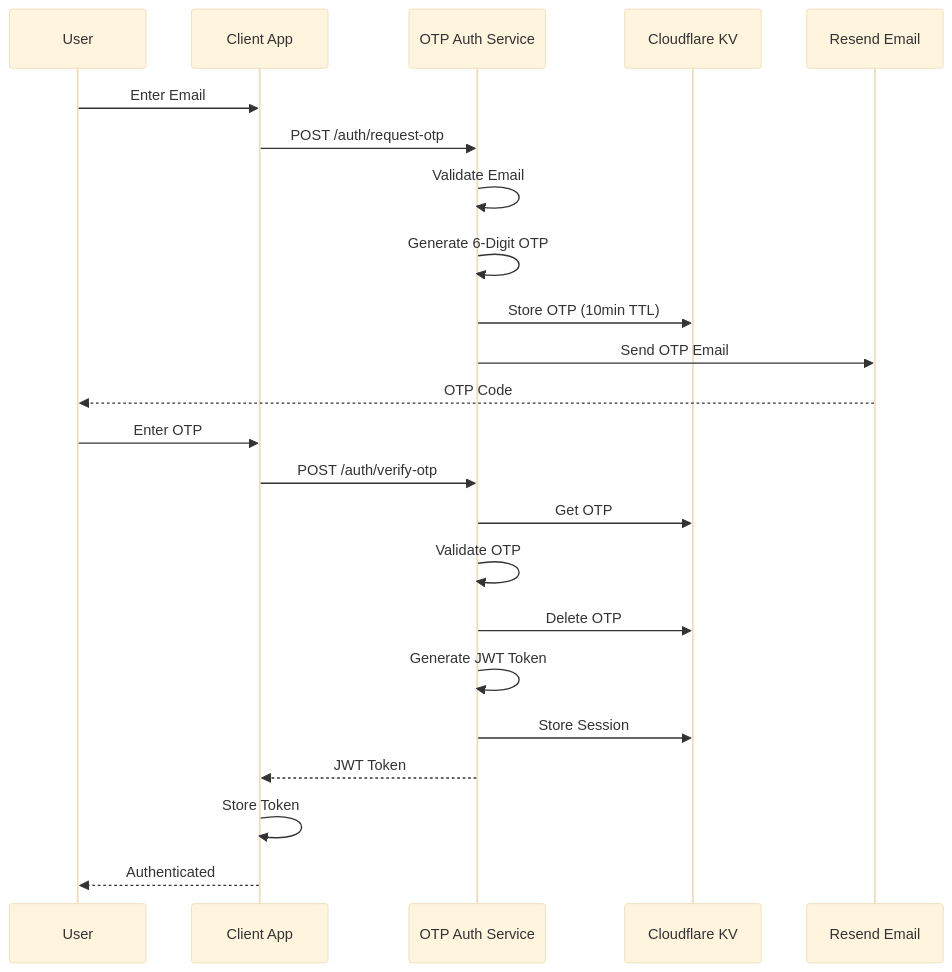
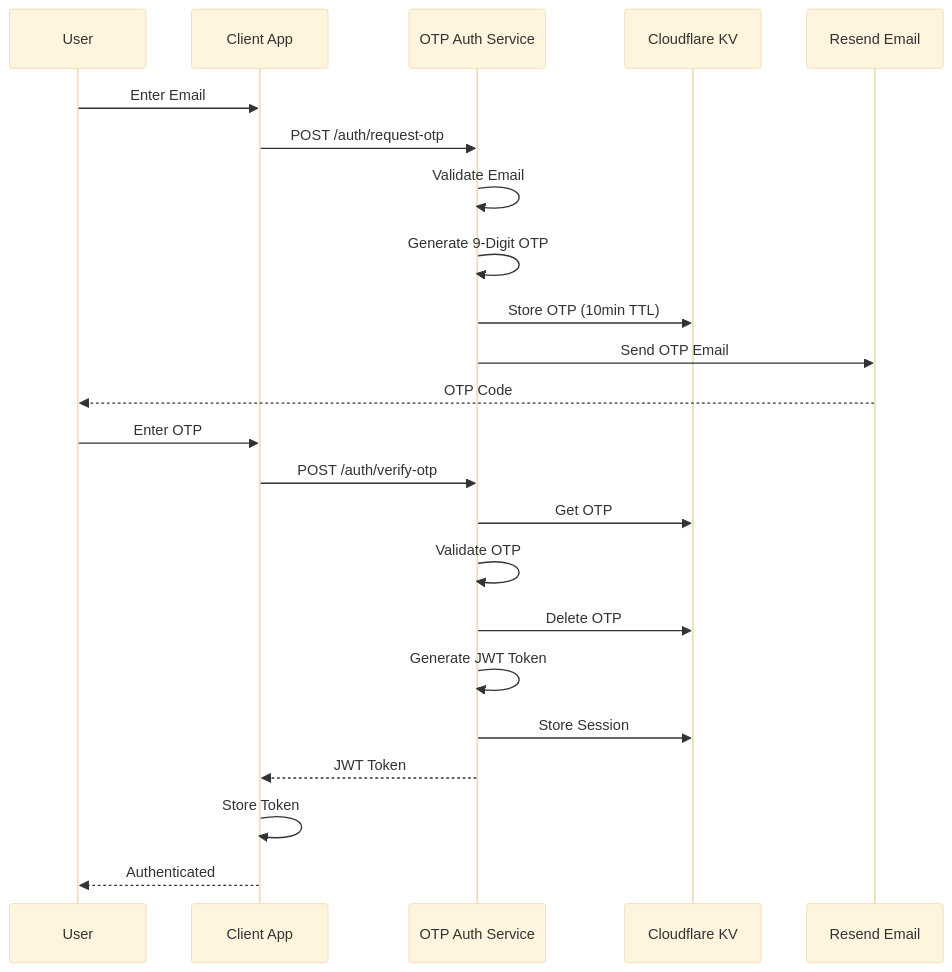
One commit to Underwood-Inc/strixun-stream-suite changed the sixth of 17 diagrams in product-docs/ARCHITECTURAL_OVERVIEW.md. Above: the diagram before and after it, drawn with Mermaid (base theme). The commit also changed 42 other files, not shown here.

Commit message:
feat(auth): update OTP implementation to generate 9-digit codes for enhanced security

````diff
--- a/product-docs/ARCHITECTURAL_OVERVIEW.md
+++ b/product-docs/ARCHITECTURAL_OVERVIEW.md
@@ -236,26 +236,26 @@
 ```mermaid
 sequenceDiagram
     participant User
     participant Client as Client App
     participant Auth as OTP Auth Service
     participant KV as Cloudflare KV
     participant Email as Resend Email
     
     User->>Client: Enter Email
     Client->>Auth: POST /auth/request-otp
     Auth->>Auth: Validate Email
-    Auth->>Auth: Generate 6-Digit OTP
+    Auth->>Auth: Generate 9-Digit OTP
     Auth->>KV: Store OTP (10min TTL)
     Auth->>Email: Send OTP Email
     Email-->>User: OTP Code
     User->>Client: Enter OTP
     Client->>Auth: POST /auth/verify-otp
     Auth->>KV: Get OTP
     Auth->>Auth: Validate OTP
     Auth->>KV: Delete OTP
     Auth->>Auth: Generate JWT Token
     Auth->>KV: Store Session
     Auth-->>Client: JWT Token
     Client->>Client: Store Token
     Client-->>User: Authenticated
 ```
````
